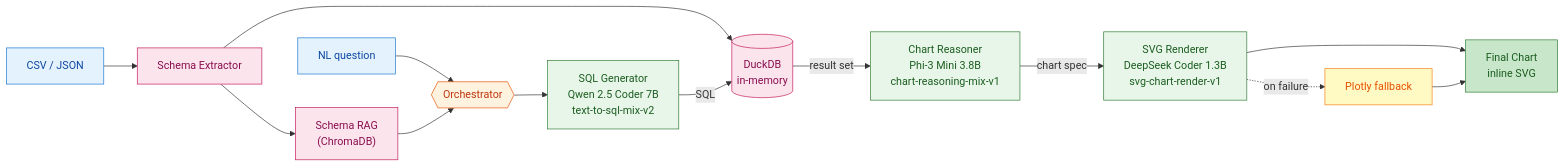
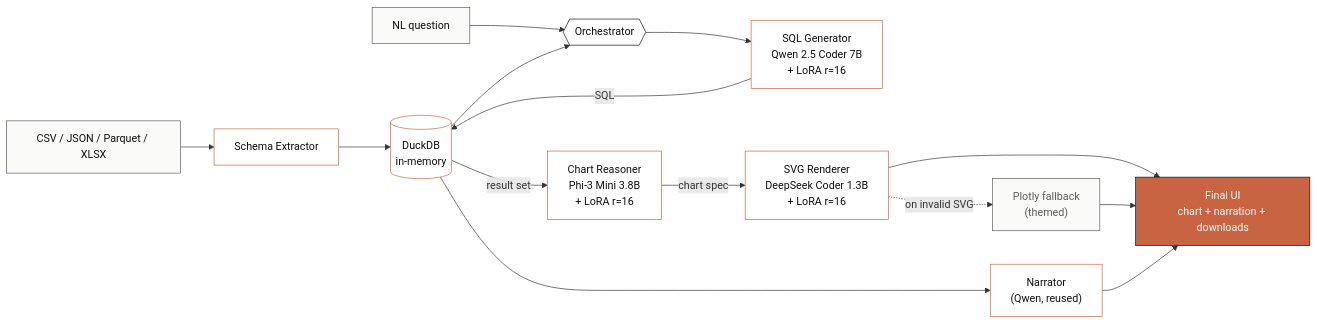
Before and after one commit to DanielRegaladoUMiami/sql-agent-llmops: the diagram in README.md, drawn with Mermaid. The commit also changed other lines of this file, not shown here.

````diff
--- a/README.md
+++ b/README.md
@@ -52,45 +75,41 @@
 ```mermaid
 flowchart LR
-    U1["CSV / JSON"]
+    U1["CSV / JSON / Parquet / XLSX"]
     U2["NL question"]
 
     SX["Schema Extractor"]
-    RAG["Schema RAG<br/>(ChromaDB)"]
     DB[("DuckDB<br/>in-memory")]
 
     ORCH{{"Orchestrator"}}
 
-    M1["SQL Generator<br/>Qwen 2.5 Coder 7B<br/>text-to-sql-mix-v2"]
-    M2["Chart Reasoner<br/>Phi-3 Mini 3.8B<br/>chart-reasoning-mix-v1"]
-    M3["SVG Renderer<br/>DeepSeek Coder 1.3B<br/>svg-chart-render-v1"]
+    M1["SQL Generator<br/>Qwen 2.5 Coder 7B<br/>+ LoRA r=16"]
+    M2["Chart Reasoner<br/>Phi-3 Mini 3.8B<br/>+ LoRA r=16"]
+    M3["SVG Renderer<br/>DeepSeek Coder 1.3B<br/>+ LoRA r=16"]
+    NARR["Narrator<br/>(Qwen, reused)"]
 
-    OUT["Final Chart<br/>inline SVG"]
-    FB["Plotly fallback"]
+    OUT["Final UI<br/>chart + narration + downloads"]
+    FB["Plotly fallback<br/>(themed)"]
 
-    U1 --> SX
-    SX --> RAG
-    SX --> DB
+    U1 --> SX --> DB
     U2 --> ORCH
-    RAG --> ORCH
-    ORCH --> M1
-    M1 -->|SQL| DB
+    DB --> ORCH
+    ORCH --> M1 -->|SQL| DB
     DB -->|result set| M2
-    M2 -->|chart spec| M3
-    M3 --> OUT
-    M3 -.->|on failure| FB
-    FB --> OUT
+    M2 -->|chart spec| M3 --> OUT
+    M3 -.->|on invalid SVG| FB --> OUT
+    DB --> NARR --> OUT
 
-    classDef input fill:#E3F2FD,stroke:#1976D2,color:#0D47A1
-    classDef ingest fill:#FCE4EC,stroke:#C2185B,color:#880E4F
-    classDef orch fill:#FFF3E0,stroke:#E65100,color:#BF360C
-    classDef model fill:#E8F5E9,stroke:#2E7D32,color:#1B5E20
-    classDef output fill:#C8E6C9,stroke:#2E7D32,color:#1B5E20
-    classDef fallback fill:#FFF9C4,stroke:#F57F17,color:#E65100
+    classDef input fill:#FAFAF9,stroke:#5A5A5A,color:#0E0E0E
+    classDef ingest fill:#FFFFFF,stroke:#C96442,color:#0E0E0E
+    classDef orch fill:#FFFFFF,stroke:#0E0E0E,color:#0E0E0E
+    classDef model fill:#FFFFFF,stroke:#C96442,color:#0E0E0E
+    classDef output fill:#C96442,stroke:#0E0E0E,color:#FAFAF9
+    classDef fallback fill:#FAFAF9,stroke:#5A5A5A,color:#5A5A5A
 
     class U1,U2 input
-    class SX,RAG,DB ingest
+    class SX,DB ingest
     class ORCH orch
-    class M1,M2,M3 model
+    class M1,M2,M3,NARR model
     class OUT output
     class FB fallback
 ```
````
